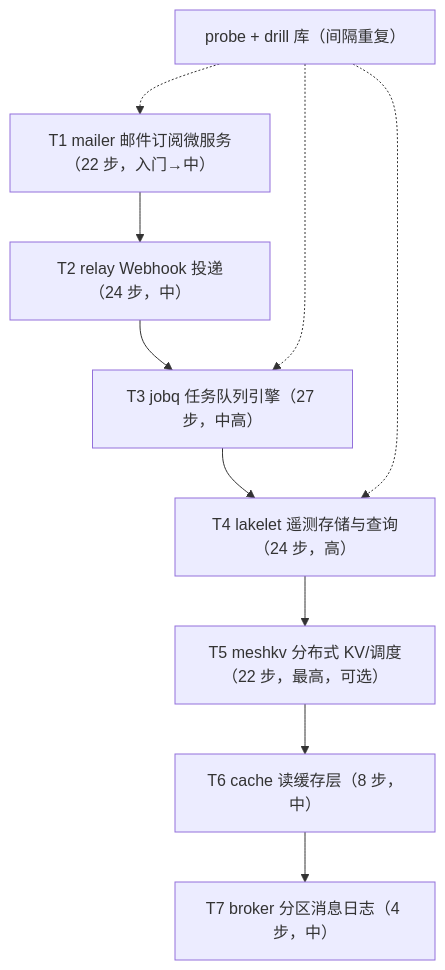
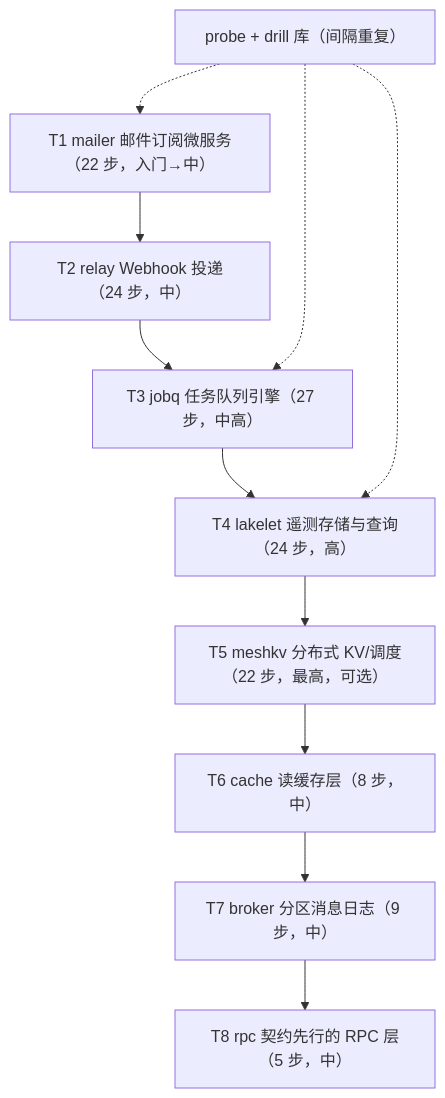
The diagram in docs/curriculum.md (nedrw/rustlings-production), drawn with Mermaid before and after one commit. The commit also changed other lines of this file and 7 other files, not shown here.

````diff
--- a/docs/curriculum.md
+++ b/docs/curriculum.md
@@ -281,12 +291,13 @@
 ```mermaid
 flowchart TD
     T1["T1 mailer 邮件订阅微服务（22 步，入门→中）"] --> T2["T2 relay Webhook 投递（24 步，中）"]
     T2 --> T3["T3 jobq 任务队列引擎（27 步，中高）"]
     T3 --> T4["T4 lakelet 遥测存储与查询（24 步，高）"]
     T4 --> T5["T5 meshkv 分布式 KV/调度（22 步，最高，可选）"]
     T5 --> T6["T6 cache 读缓存层（8 步，中）"]
-    T6 --> T7["T7 broker 分区消息日志（4 步，中）"]
+    T6 --> T7["T7 broker 分区消息日志（9 步，中）"]
+    T7 --> T8["T8 rpc 契约先行的 RPC 层（5 步，中）"]
     P["probe + drill 库（间隔重复）"] -.-> T1
     P -.-> T3
     P -.-> T4
 ```
````
